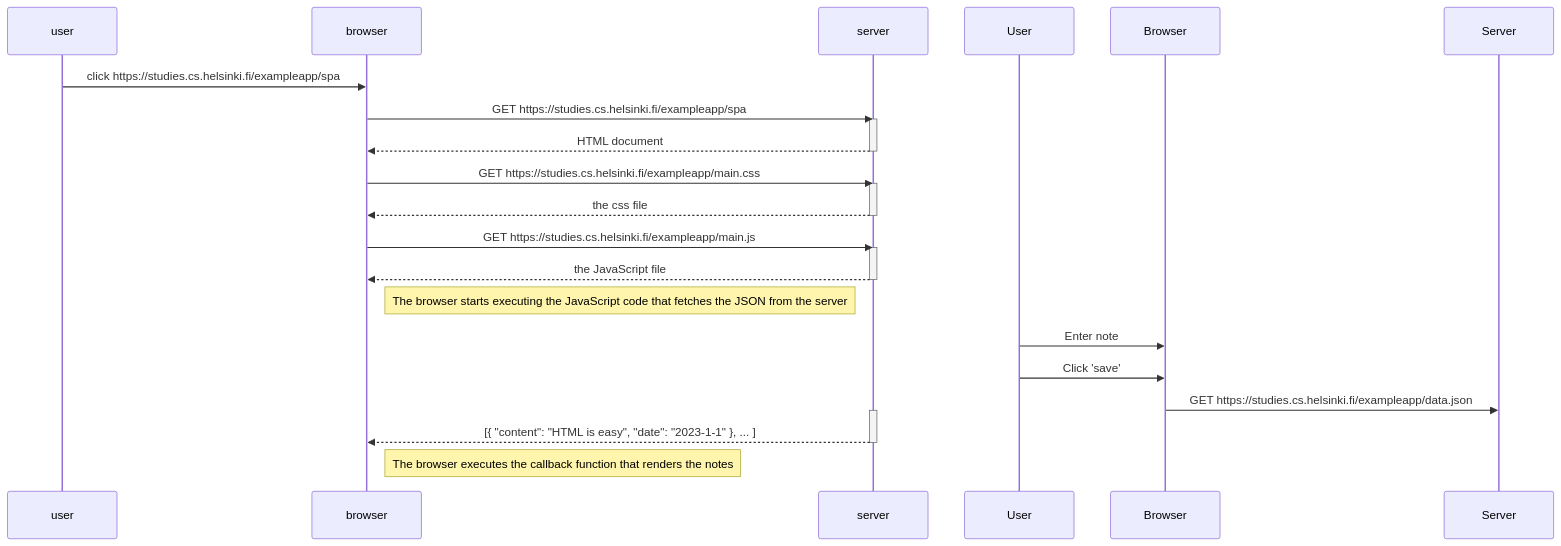
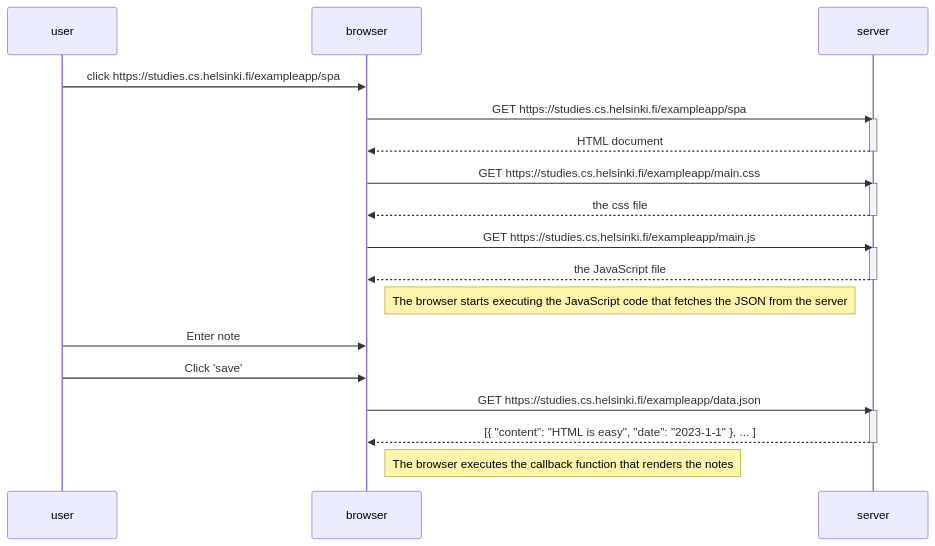
One commit to auniraden/fullStackOpen changed the diagram in part 0/0.5-single-page-app-diagram.md. Above: the diagram before and after it, drawn with Mermaid.

````diff
--- a/part 0/0.5-single-page-app-diagram.md
+++ b/part 0/0.5-single-page-app-diagram.md
@@ -1,32 +1,32 @@
 ```mermaid
     sequenceDiagram
         participant user
         participant browser
         participant server
 
         user->>browser: click https://studies.cs.helsinki.fi/exampleapp/spa
         browser->>server: GET https://studies.cs.helsinki.fi/exampleapp/spa
         activate server
         server-->>browser: HTML document
         deactivate server
 
         browser->>server: GET https://studies.cs.helsinki.fi/exampleapp/main.css
         activate server
         server-->>browser: the css file
         deactivate server
 
         browser->>server: GET https://studies.cs.helsinki.fi/exampleapp/main.js
         activate server
         server-->>browser: the JavaScript file
         deactivate server
 
         Note right of browser: The browser starts executing the JavaScript code that fetches the JSON from the server
 
-        User->>Browser: Enter note
-        User->>Browser: Click 'save'
-        Browser->>Server: GET https://studies.cs.helsinki.fi/exampleapp/data.json
+        user->>browser: Enter note
+        user->>browser: Click 'save'
+        browser->>server: GET https://studies.cs.helsinki.fi/exampleapp/data.json
         activate server
         server-->>browser: [{ "content": "HTML is easy", "date": "2023-1-1" }, ... ]
         deactivate server
         Note right of browser: The browser executes the callback function that renders the notes
 ```
````
